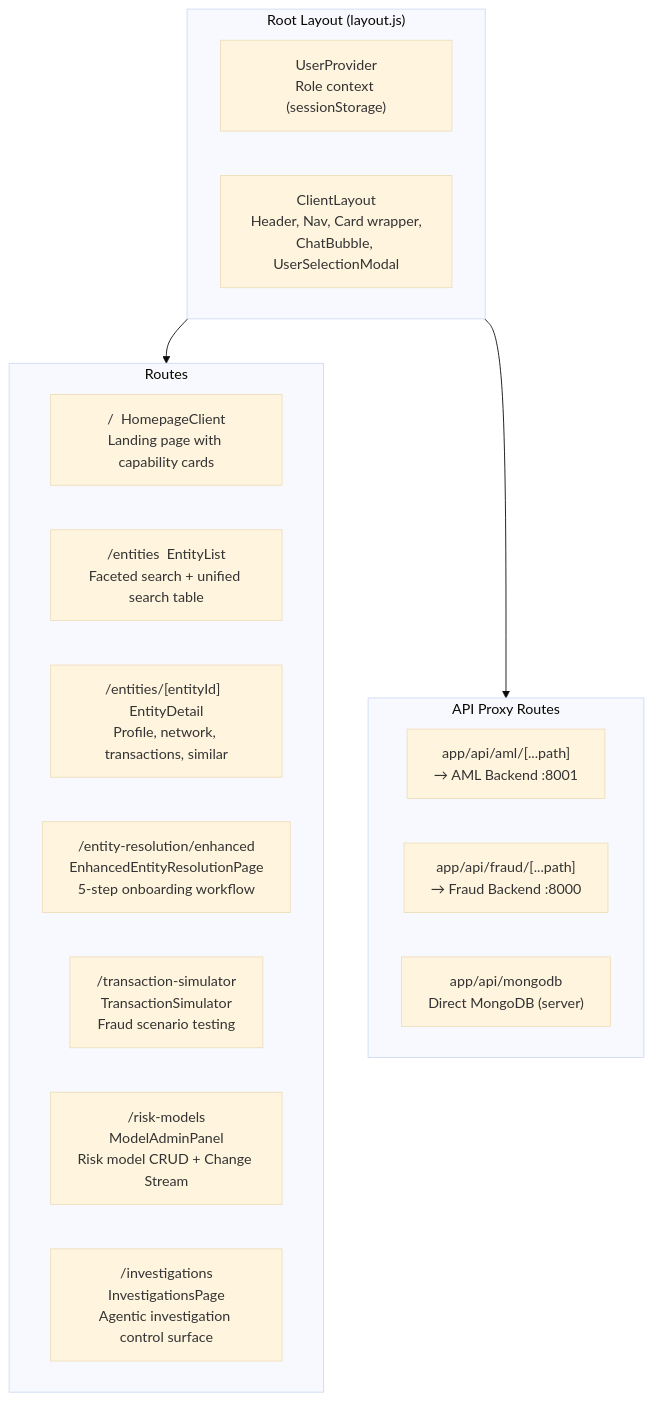
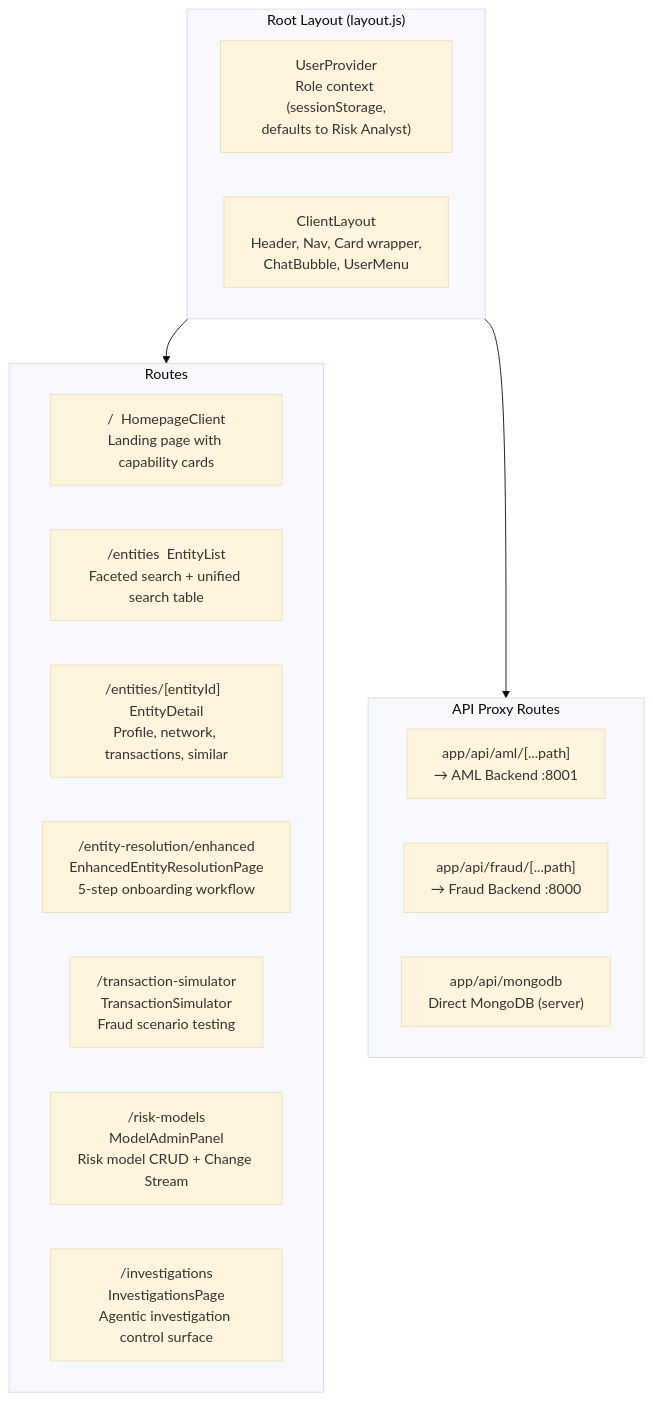
The diagram in frontend/README.md (mongodb-industry-solutions/fsi-aml-fraud-detection), drawn with Mermaid (base theme) before and after one commit. The commit also changed other lines of this file and 7 other files, not shown here.

Commit message:
Refactor frontend components to integrate UserMenu and update logo assets

````diff
--- a/frontend/README.md
+++ b/frontend/README.md
@@ -47,26 +47,26 @@
 ```mermaid
 flowchart TD
     subgraph Layout["Root Layout (layout.js)"]
-        UserProvider["UserProvider<br/>Role context (sessionStorage)"]
-        ClientLayout["ClientLayout<br/>Header, Nav, Card wrapper,<br/>ChatBubble, UserSelectionModal"]
+        UserProvider["UserProvider<br/>Role context (sessionStorage,<br/>defaults to Risk Analyst)"]
+        ClientLayout["ClientLayout<br/>Header, Nav, Card wrapper,<br/>ChatBubble, UserMenu"]
     end
 
     subgraph Pages["Routes"]
         Home["/  HomepageClient<br/>Landing page with capability cards"]
         Entities["/entities  EntityList<br/>Faceted search + unified search table"]
         EntityDetail["/entities/[entityId]  EntityDetail<br/>Profile, network, transactions, similar"]
         EnhancedRes["/entity-resolution/enhanced<br/>EnhancedEntityResolutionPage<br/>5-step onboarding workflow"]
         TxnSim["/transaction-simulator<br/>TransactionSimulator<br/>Fraud scenario testing"]
         RiskModels["/risk-models<br/>ModelAdminPanel<br/>Risk model CRUD + Change Stream"]
         Investigations["/investigations<br/>InvestigationsPage<br/>Agentic investigation control surface"]
     end
 
     subgraph APIRoutes["API Proxy Routes"]
         AMLProxy["app/api/aml/[...path]<br/>→ AML Backend :8001"]
         FraudProxy["app/api/fraud/[...path]<br/>→ Fraud Backend :8000"]
         MongoRoute["app/api/mongodb<br/>Direct MongoDB (server)"]
     end
 
     Layout --> Pages
     Layout --> APIRoutes
 ```
````
